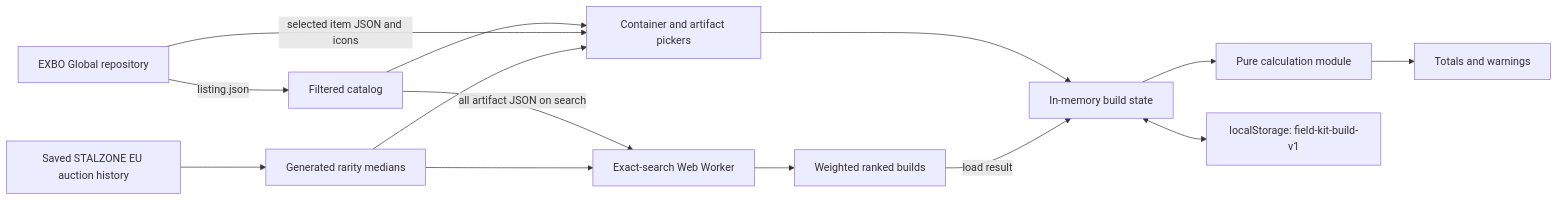
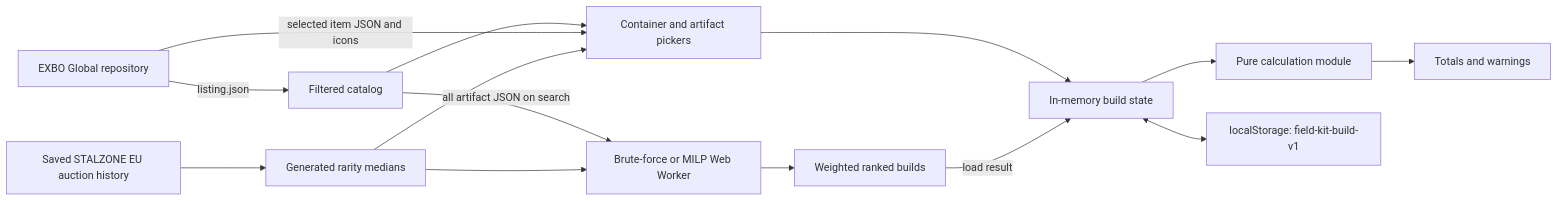
The diagram in docs/architecture.md (mzmrk/stalzone-field-kit), drawn with Mermaid before and after one commit. The commit also changed other lines of this file and 12 other files, not shown here.

Commit message:
optimizer,ui,docs: support larger carriers with exact MILP search (added HiGHS worker, selector, tests, and docs)

````diff
--- a/docs/architecture.md
+++ b/docs/architecture.md
@@ -18,16 +18,16 @@
 ```mermaid
 flowchart LR
     EXBO["EXBO Global repository"] -->|listing.json| Catalog["Filtered catalog"]
     Snapshot["Saved STALZONE EU auction history"] --> PriceIndex["Generated rarity medians"]
     Catalog --> Picker["Container and artifact pickers"]
     EXBO -->|selected item JSON and icons| Picker
     PriceIndex --> Picker
     Picker --> Build["In-memory build state"]
     Build --> Calculator["Pure calculation module"]
     Calculator --> Results["Totals and warnings"]
     Build <--> Storage["localStorage: field-kit-build-v1"]
-    Catalog -->|all artifact JSON on search| Optimizer["Exact-search Web Worker"]
+    Catalog -->|all artifact JSON on search| Optimizer["Brute-force or MILP Web Worker"]
     PriceIndex --> Optimizer
     Optimizer --> Ranked["Weighted ranked builds"]
     Ranked -->|load result| Build
 ```
````
